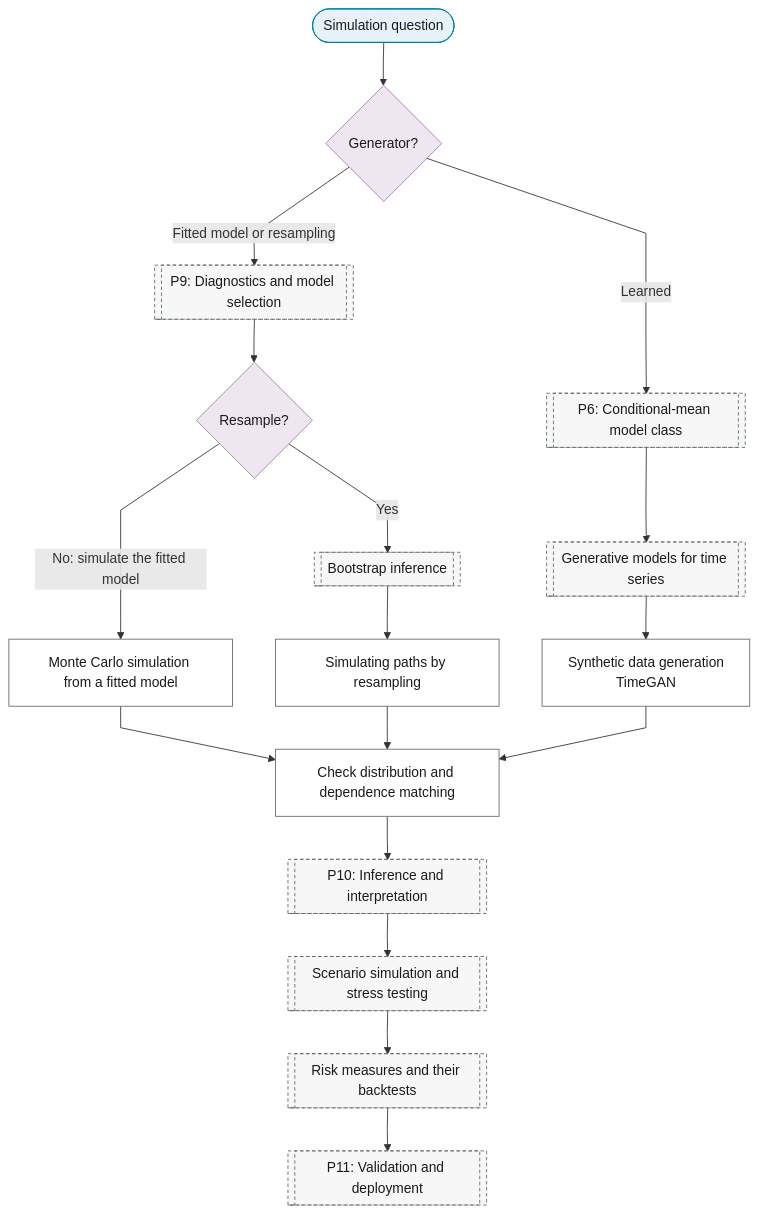
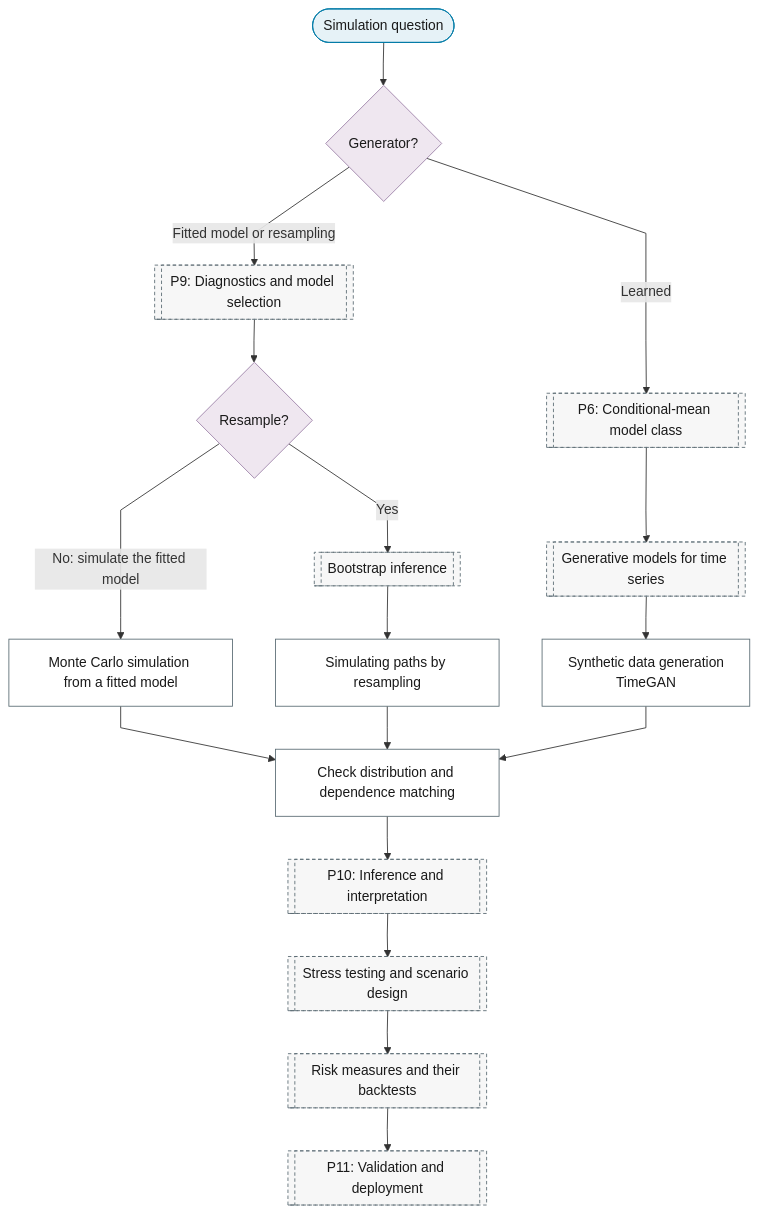
Before and after one commit to Shuxin-Y/time-series-analysis-manual: the diagram in docs/01-workflow/p02-purpose/10-simulation.md, drawn with Mermaid. The commit also changed other lines of this file and 6 other files, not shown here.

````diff
--- a/docs/01-workflow/p02-purpose/10-simulation.md
+++ b/docs/01-workflow/p02-purpose/10-simulation.md
@@ -7,30 +7,30 @@
 ```mermaid
 %%{init: {"flowchart": {"curve": "linear"}}}%%
 graph TD
     P2_SM_IN(["Simulation question"]) --> P2_SM_SOURCE{"Generator?"}
     P2_SM_SOURCE -->|"Learned"| P6[["P6: Conditional-mean model class"]]
     P2_SM_SOURCE -->|"Fitted model or resampling"| P9[["P9: Diagnostics and model selection"]]
     P6 --> P6_GENERATIVE[["Generative models for time series"]]
     P6_GENERATIVE --> P2_SM_SYNTHETIC["Synthetic data generation<br/>TimeGAN"]
     P9 --> P2_SM_RESAMPLE{"Resample?"}
     P2_SM_RESAMPLE -->|"No: simulate the fitted model"| P2_SM_MONTE_CARLO["Monte Carlo simulation from a fitted model"]
     P2_SM_RESAMPLE -->|"Yes"| P9_BOOTSTRAP[["Bootstrap inference"]]
     P9_BOOTSTRAP --> P2_SM_BOOTSTRAP_PATHS["Simulating paths by resampling"]
     P2_SM_MONTE_CARLO & P2_SM_BOOTSTRAP_PATHS & P2_SM_SYNTHETIC --> P2_SM_DISTRIBUTION_MATCH["Check distribution and dependence matching"]
     P2_SM_DISTRIBUTION_MATCH --> P10[["P10: Inference and interpretation"]]
-    P10 --> P10_SCENARIOS[["Scenario simulation and stress testing"]]
+    P10 --> P10_SCENARIOS[["Stress testing and scenario design"]]
     P10_SCENARIOS --> P10_RISK_MEASURES[["Risk measures and their backtests"]]
     P10_RISK_MEASURES --> P11[["P11: Validation and deployment"]]
     class P2_SM_IN terminator
     class P2_SM_SOURCE,P2_SM_RESAMPLE decision
     class P2_SM_SYNTHETIC,P2_SM_MONTE_CARLO,P2_SM_BOOTSTRAP_PATHS,P2_SM_DISTRIBUTION_MATCH process
     class P6,P9,P6_GENERATIVE,P9_BOOTSTRAP,P10,P10_SCENARIOS,P10_RISK_MEASURES,P11 ref
     classDef terminator fill:#E6F2F7,stroke:#007BA7,color:#1A1A1A;
     classDef process fill:#FFFFFF,stroke:#5A6B73,color:#1A1A1A;
     classDef decision fill:#EFE7F0,stroke:#9B7FA7,color:#1A1A1A;
     classDef data fill:#FFF4E0,stroke:#C9A55E,color:#1A1A1A;
     classDef good fill:#DCEFD8,stroke:#4A7A3F,color:#1A1A1A;
     classDef escalate fill:#FFE9C2,stroke:#C9A55E,color:#1A1A1A;
     classDef problem fill:#F2D9DE,stroke:#800020,color:#1A1A1A;
     classDef ref fill:#F7F7F7,stroke:#5A6B73,color:#1A1A1A,stroke-dasharray:4 3;
 ```
````
